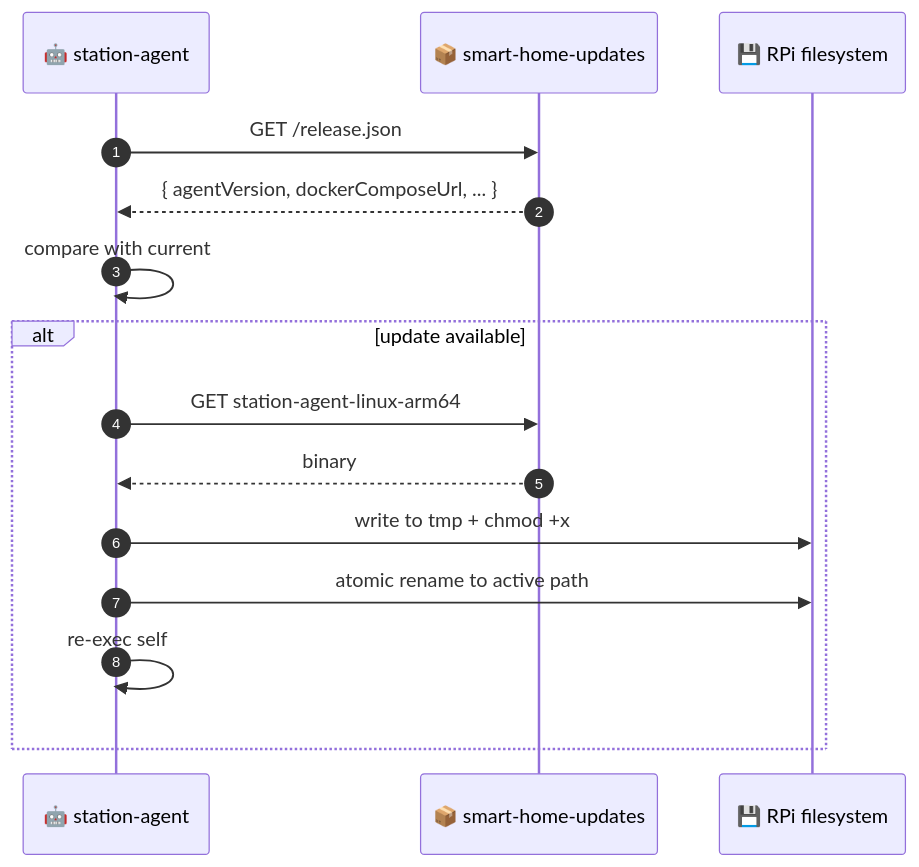
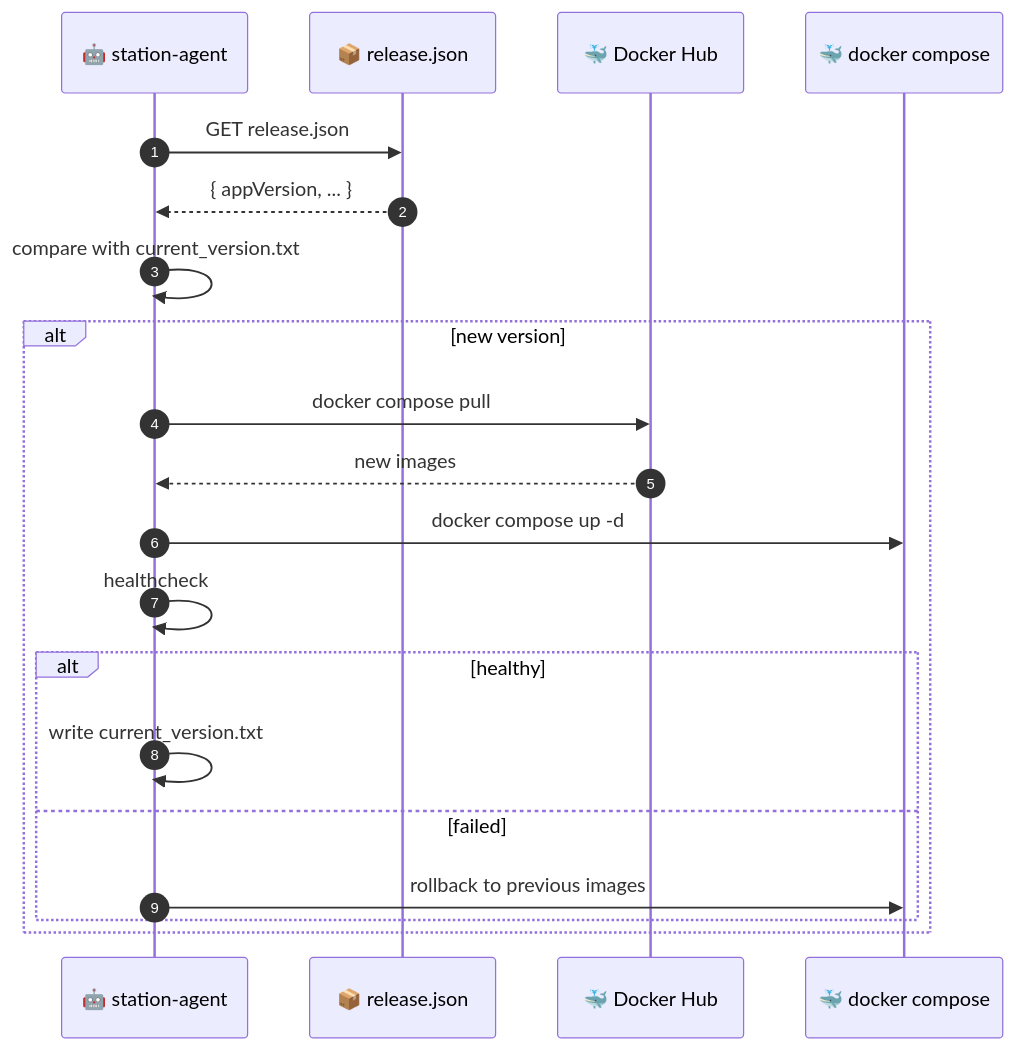
The second of 2 diagrams in docs/station/station-agent.md (alphaoflogic-ua/svaroh-docs), drawn with Mermaid before and after one commit. The commit also changed other lines of this file, not shown here.

Commit message:
fix: station-agent does not self-update binary, only Docker images

````diff
--- a/docs/station/station-agent.md
+++ b/docs/station/station-agent.md
@@ -37,18 +41,23 @@
 ```mermaid
 sequenceDiagram
     autonumber
     participant A as 🤖 station-agent
-    participant U as 📦 smart-home-updates
-    participant FS as 💾 RPi filesystem
+    participant R as 📦 release.json
+    participant DH as 🐳 Docker Hub
+    participant DC as 🐳 docker compose
 
-    A->>U: GET /release.json
-    U-->>A: { agentVersion, dockerComposeUrl, ... }
-    A->>A: compare with current
-    alt update available
-        A->>U: GET station-agent-linux-arm64
-        U-->>A: binary
-        A->>FS: write to tmp + chmod +x
-        A->>FS: atomic rename to active path
-        A->>A: re-exec self
+    A->>R: GET release.json
+    R-->>A: { appVersion, ... }
+    A->>A: compare with current_version.txt
+    alt new version
+        A->>DH: docker compose pull
+        DH-->>A: new images
+        A->>DC: docker compose up -d
+        A->>A: healthcheck
+        alt healthy
+            A->>A: write current_version.txt
+        else failed
+            A->>DC: rollback to previous images
+        end
     end
 ```
````
